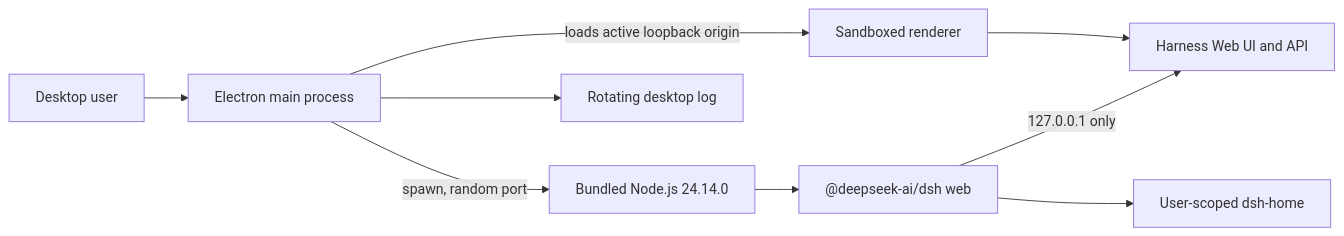
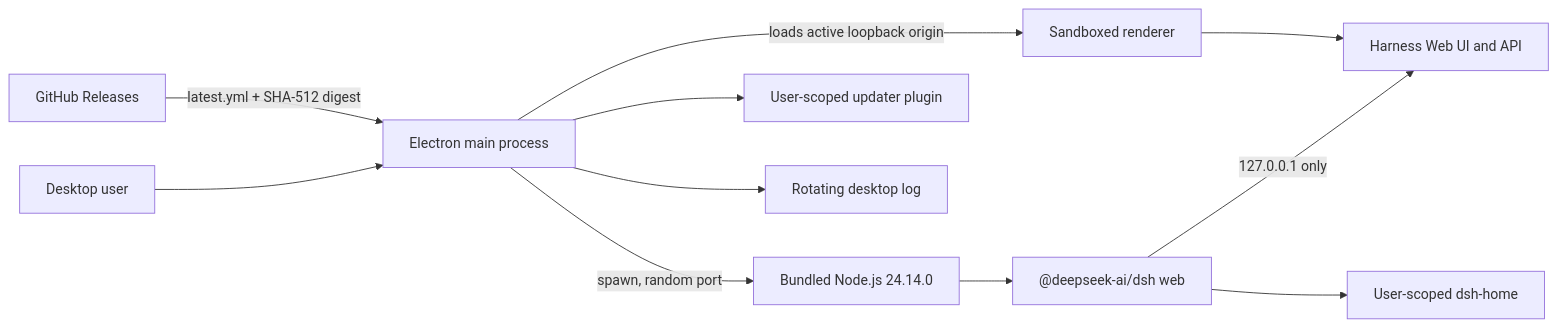
The diagram in docs/ARCHITECTURE.md (Icdafy/DeepSeek-Harness-Desktop), drawn with Mermaid before and after one commit. The commit also changed other lines of this file and 27 other files, not shown here.

````diff
--- a/docs/ARCHITECTURE.md
+++ b/docs/ARCHITECTURE.md
@@ -5,11 +5,13 @@
 ```mermaid
 flowchart LR
     U["Desktop user"] --> E["Electron main process"]
     E -->|"spawn, random port"| N["Bundled Node.js 24.14.0"]
     N --> D["@deepseek-ai/dsh web"]
     D -->|"127.0.0.1 only"| W["Harness Web UI and API"]
     E -->|"loads active loopback origin"| R["Sandboxed renderer"]
     R --> W
+    G["GitHub Releases"] -->|"latest.yml + SHA-512 digest"| E
+    E --> P["User-scoped updater plugin"]
     D --> H["User-scoped dsh-home"]
     E --> L["Rotating desktop log"]
 ```
````
